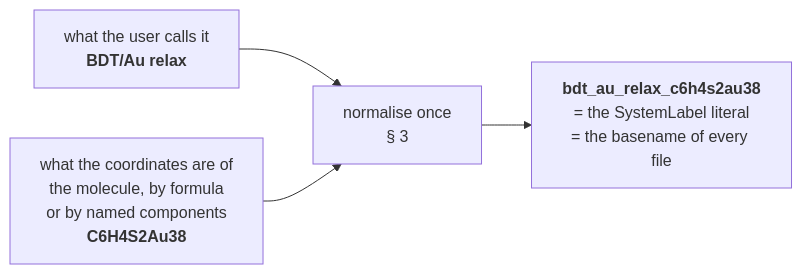
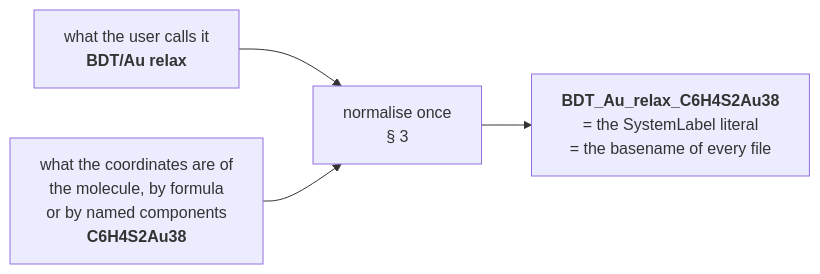
One commit to Qing-LAB/molbuilder changed the first of 2 diagrams in docs/execution/run-identity.md. Above: the diagram before and after it, drawn with Mermaid. The commit also changed other lines of this file and 7 other files, not shown here.

````diff
--- a/docs/execution/run-identity.md
+++ b/docs/execution/run-identity.md
@@ -66,6 +66,6 @@
 ```mermaid
 flowchart LR
     U["what the user calls it<br/><b>BDT/Au relax</b>"] --> N["normalise once<br/>§ 3"]
     M["what the coordinates are of<br/>the molecule, by formula<br/>or by named components<br/><b>C6H4S2Au38</b>"] --> N
-    N --> I["<b>bdt_au_relax_c6h4s2au38</b><br/>= the SystemLabel literal<br/>= the basename of every file"]
+    N --> I["<b>BDT_Au_relax_C6H4S2Au38</b><br/>= the SystemLabel literal<br/>= the basename of every file"]
 ```
````
